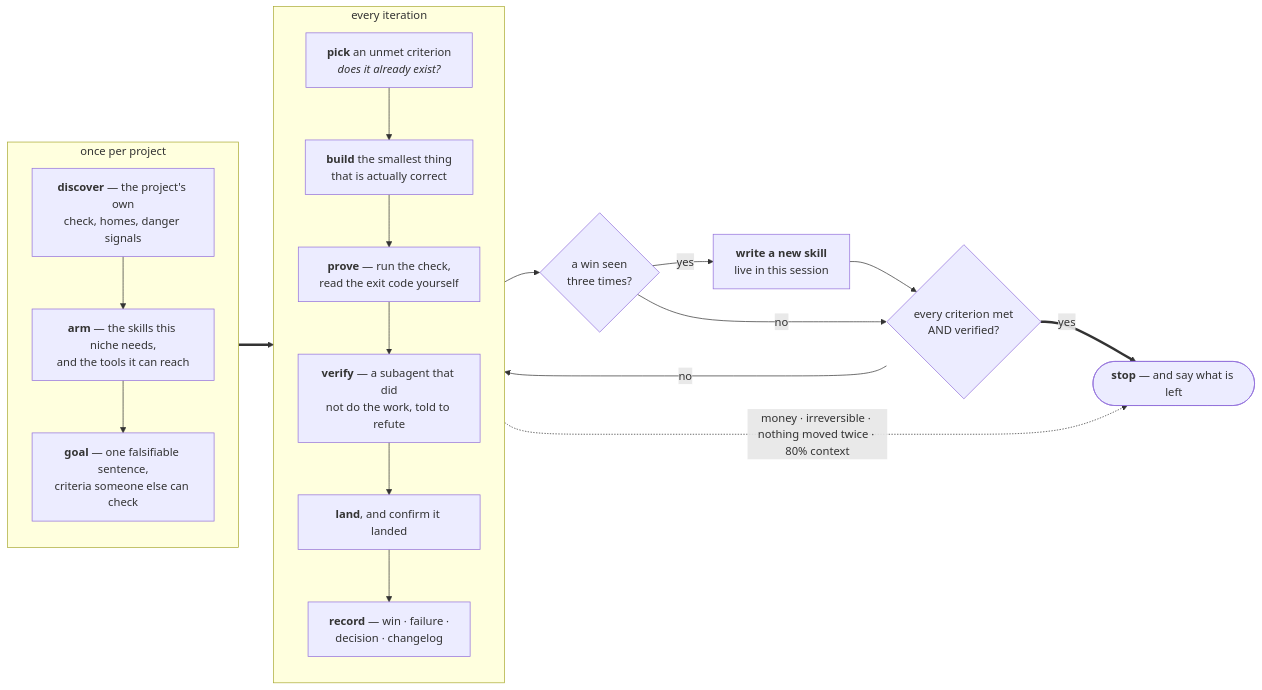
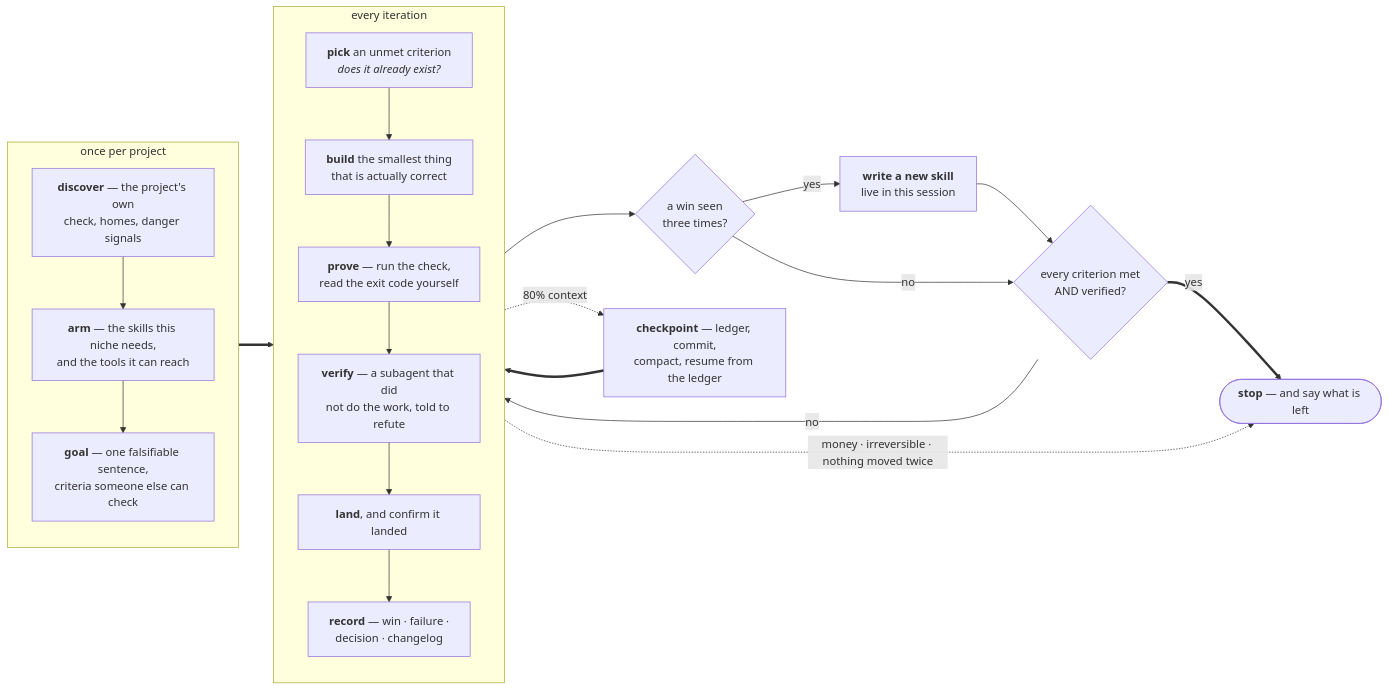
The diagram in README.md (vladyslav-betterme/autopilot-skill), drawn with Mermaid before and after one commit. The commit also changed other lines of this file and 2 other files, not shown here.

````diff
--- a/README.md
+++ b/README.md
@@ -35,34 +35,37 @@
 ```mermaid
 flowchart LR
     subgraph setup["&nbsp;once per project&nbsp;"]
         direction TB
         D["<b>discover</b> — the project's own<br/>check, homes, danger signals"]
         S["<b>arm</b> — the skills this niche needs,<br/>and the tools it can reach"]
         G["<b>goal</b> — one falsifiable sentence,<br/>criteria someone else can check"]
         D --> S --> G
     end
 
     subgraph iter["&nbsp;every iteration&nbsp;"]
         direction TB
         P["<b>pick</b> an unmet criterion<br/><i>does it already exist?</i>"]
         B["<b>build</b> the smallest thing<br/>that is actually correct"]
         C["<b>prove</b> — run the check,<br/>read the exit code yourself"]
         V["<b>verify</b> — a subagent that did<br/>not do the work, told to refute"]
         L["<b>land</b>, and confirm it landed"]
         R["<b>record</b> — win · failure ·<br/>decision · changelog"]
         P --> B --> C --> V --> L --> R
     end
 
     W{"a win seen<br/>three times?"}
     N["<b>write a new skill</b><br/>live in this session"]
     Q{"every criterion met<br/>AND verified?"}
     Z(["<b>stop</b> — and say what is left"])
 
     G ==> P
     R --> W
     W -- yes --> N --> Q
     W -- no --> Q
     Q -- no --> P
     Q == yes ==> Z
-    iter -. "money · irreversible · nothing moved twice · 80% context" .-> Z
+    K["<b>checkpoint</b> — ledger, commit,<br/>compact, resume from the ledger"]
+    iter -. "80% context" .-> K
+    K ==> P
+    iter -. "money · irreversible · nothing moved twice" .-> Z
 ```
````
